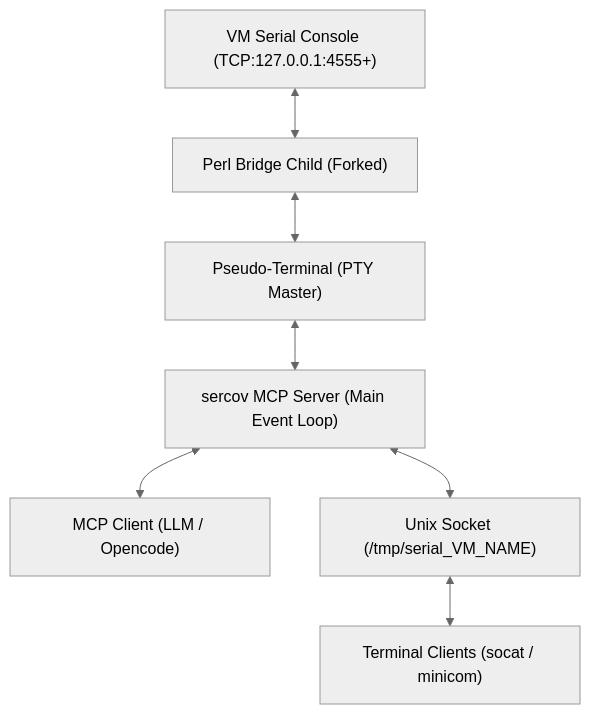
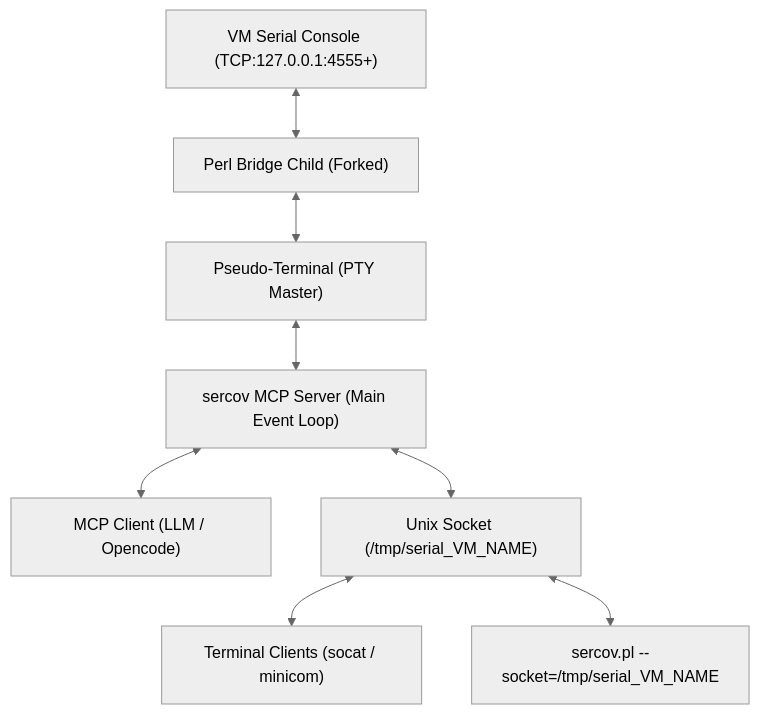
Before and after one commit to abda11ah/sercov: the diagram in README.md, drawn with Mermaid (neutral theme). The commit also changed other lines of this file and 1 other file, not shown here.

````diff
--- a/README.md
+++ b/README.md
@@ -121,17 +147,19 @@
 ```mermaid
 graph TD
     VM["VM Serial Console (TCP:127.0.0.1:4555+)"]
     Bridge["Perl Bridge Child (Forked)"]
     PTY["Pseudo-Terminal (PTY Master)"]
     MCP["sercov MCP Server (Main Event Loop)"]
     Client["MCP Client (LLM / Opencode)"]
     UnixSocket["Unix Socket (/tmp/serial_VM_NAME)"]
     TermClients["Terminal Clients (socat / minicom)"]
+    ScriptClient["sercov.pl --socket=/tmp/serial_VM_NAME"]
 
     VM <--> Bridge
     Bridge <--> PTY
     PTY <--> MCP
     MCP <--> Client
     MCP <--> UnixSocket
     UnixSocket <--> TermClients
+    UnixSocket <--> ScriptClient
 ```
````
